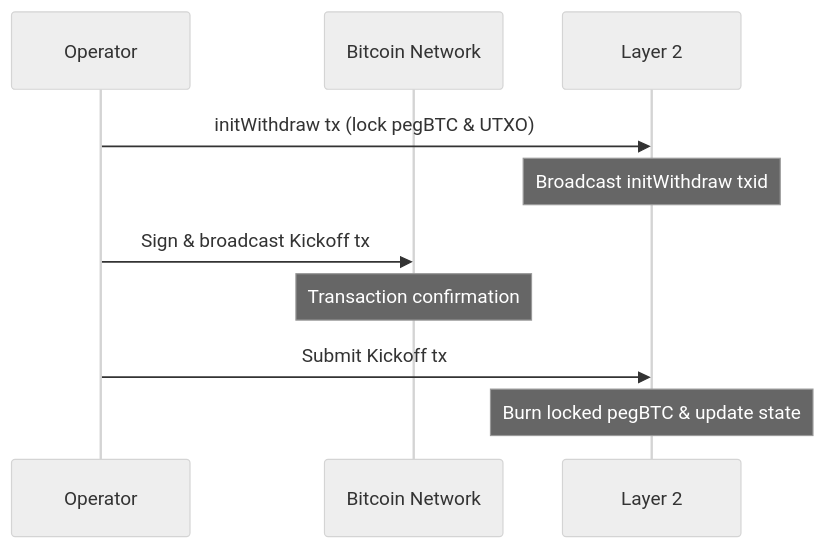
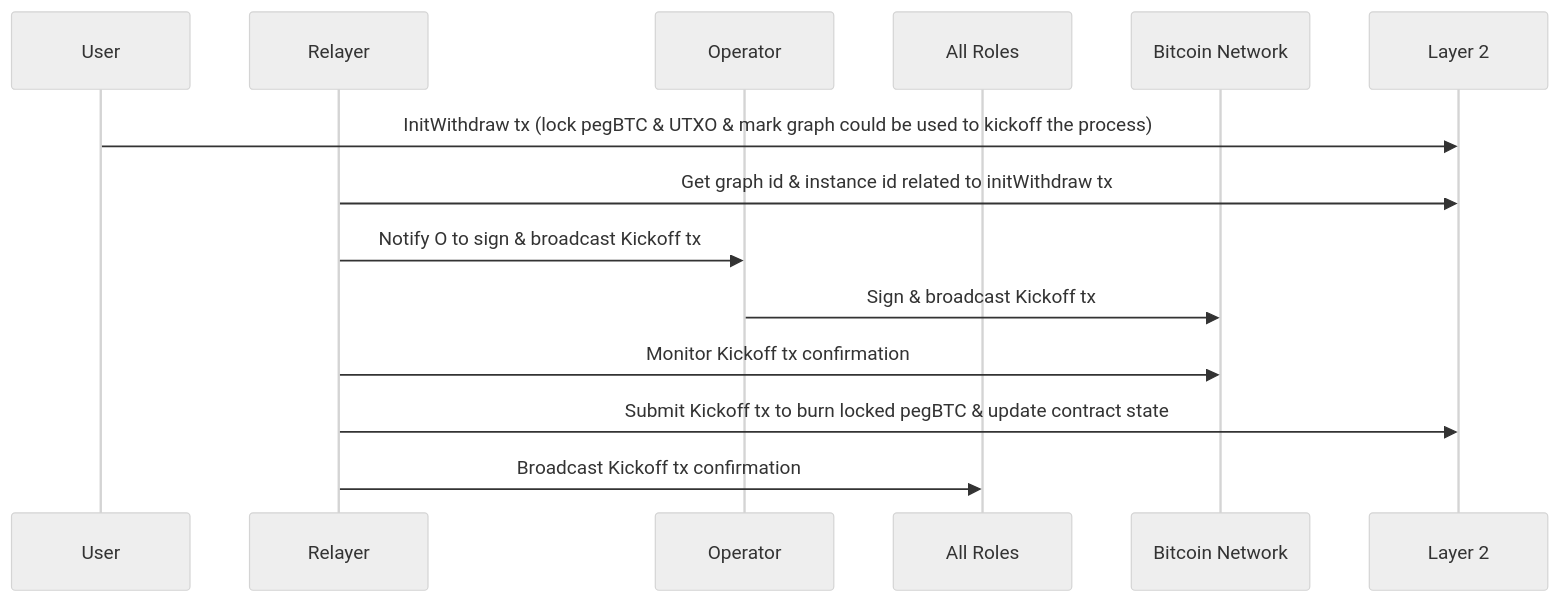
Before and after one commit to jackDev221/bitvm2-node: the second of 4 diagrams in README.md, drawn with Mermaid (neutral theme). The commit also changed other lines of this file, not shown here.

````diff
--- a/README.md
+++ b/README.md
@@ -46,13 +54,17 @@
 ```mermaid
 sequenceDiagram
+    participant U as User
+    participant R as Relayer
     participant O as Operator
+    participant A as All Roles
     participant B as Bitcoin Network
     participant L2 as Layer 2
 
-    O->>L2: initWithdraw tx (lock pegBTC & UTXO)
-    Note over L2: Broadcast initWithdraw txid
+    U->>L2: InitWithdraw tx (lock pegBTC & UTXO & mark graph could be used to kickoff the process)
+    R->>L2: Get graph id & instance id related to initWithdraw tx
+    R->>O: Notify O to sign & broadcast Kickoff tx
     O->>B: Sign & broadcast Kickoff tx
-    Note over B: Transaction confirmation
-    O->>L2: Submit Kickoff tx
-    Note over L2: Burn locked pegBTC & update state
+    R->>B: Monitor Kickoff tx confirmation
+    R->>L2: Submit Kickoff tx to burn locked pegBTC & update contract state
+    R->>A: Broadcast Kickoff tx confirmation
 ```
````
